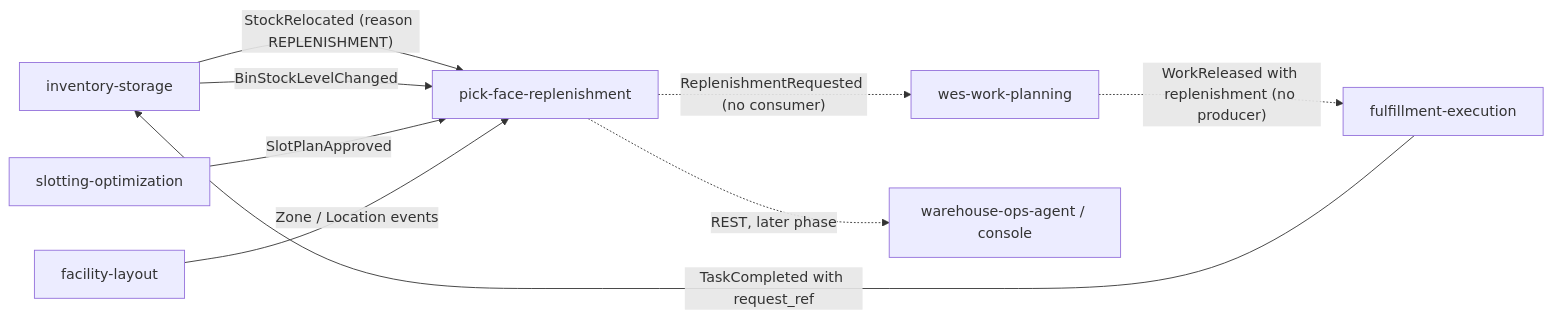
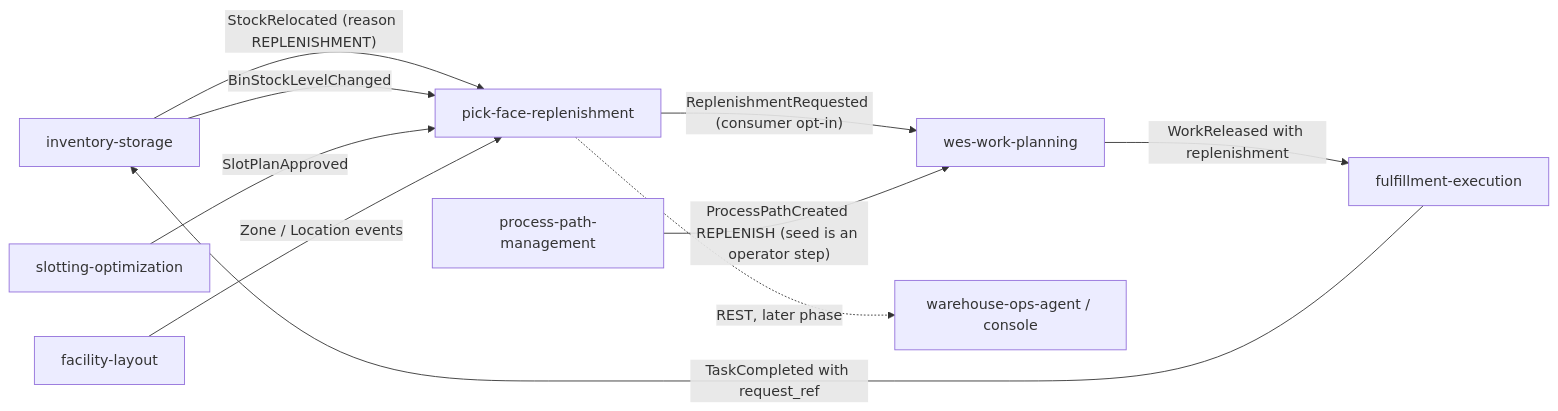
The diagram in docs/docs/ecosystem/integration.md (IQVO/pick-face-replenishment), drawn with Mermaid before and after one commit. The commit also changed other lines of this file, not shown here.

Commit message:
docs: integration page - replenishment chain is built end to end, not live

````diff
--- a/docs/docs/ecosystem/integration.md
+++ b/docs/docs/ecosystem/integration.md
@@ -39,18 +44,20 @@
 ```mermaid
 flowchart LR
     INV["inventory-storage"]
     SLOT["slotting-optimization"]
     LAY["facility-layout"]
     PFR["pick-face-replenishment"]
     WP["wes-work-planning"]
+    PPM["process-path-management"]
     FE["fulfillment-execution"]
     OPS["warehouse-ops-agent / console"]
     INV -->|"StockRelocated (reason REPLENISHMENT)"| PFR
     INV -->|BinStockLevelChanged| PFR
     SLOT -->|SlotPlanApproved| PFR
     LAY -->|"Zone / Location events"| PFR
-    PFR -.->|"ReplenishmentRequested (no consumer)"| WP
-    WP -.->|"WorkReleased with replenishment (no producer)"| FE
+    PFR -->|"ReplenishmentRequested (consumer opt-in)"| WP
+    PPM -->|"ProcessPathCreated REPLENISH (seed is an operator step)"| WP
+    WP -->|"WorkReleased with replenishment"| FE
     FE -->|"TaskCompleted with request_ref"| INV
     PFR -.->|REST, later phase| OPS
 ```
````
